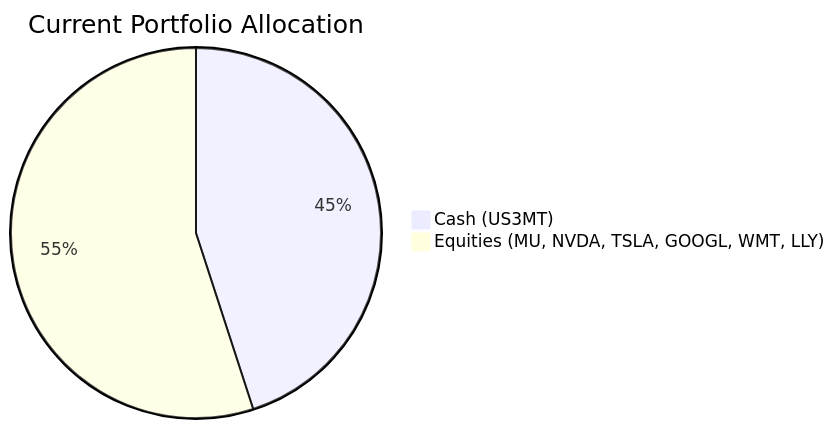
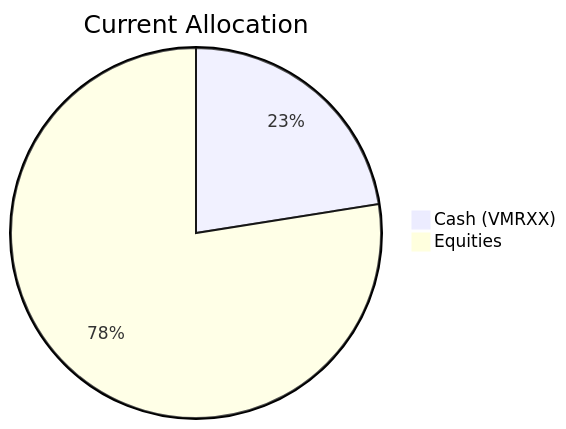
The first of 20 diagrams in docs/sample outputs/product_investor_matching-deepseek-v4-flash.md (roger249/Bot-collaboration), drawn with Mermaid before and after one commit. The commit also changed other lines of this file and 20 other files, not shown here.

````diff
--- a/docs/sample outputs/product_investor_matching-deepseek-v4-flash.md
+++ b/docs/sample outputs/product_investor_matching-deepseek-v4-flash.md
@@ -34,5 +33,5 @@
 ```mermaid
-pie title Current Portfolio Allocation
-    "Cash (US3MT)" : 45
-    "Equities (MU, NVDA, TSLA, GOOGL, WMT, LLY)" : 55
+pie title Current Allocation
+    "Cash (VMRXX)" : 22.5
+    "Equities" : 77.5
 ```
````
